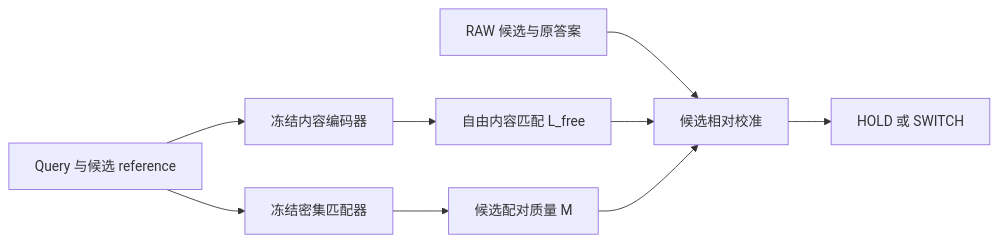
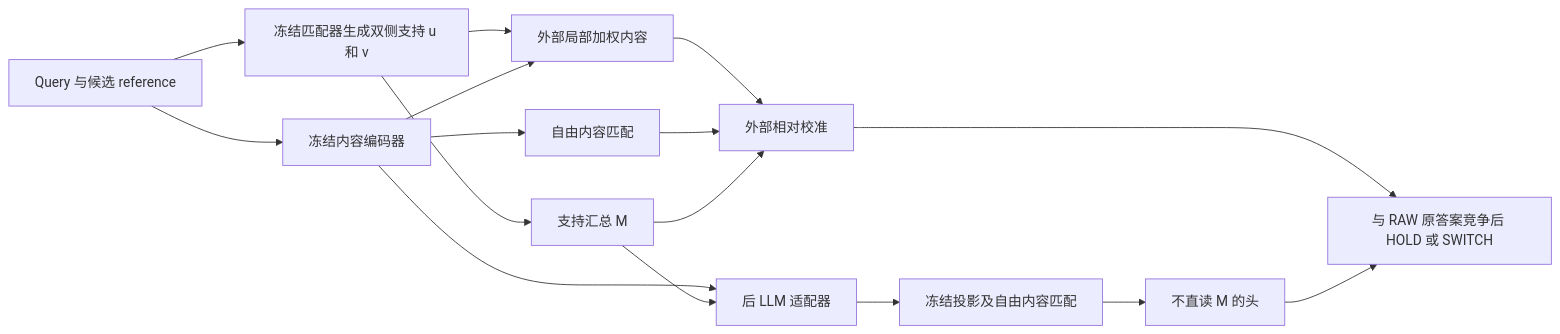
Before and after one commit to yinaiden6-dev/new_HYP: the diagram in ICLR/new ROUTEA/RC/reports/RC_NEW_HYP_PAPER_CLOSURE_DRAFT_20260924.md, drawn with Mermaid. The commit also changed other lines of this file and 32 other files, not shown here.

````diff
--- a/ICLR/new ROUTEA/RC/reports/RC_NEW_HYP_PAPER_CLOSURE_DRAFT_20260924.md
+++ b/ICLR/new ROUTEA/RC/reports/RC_NEW_HYP_PAPER_CLOSURE_DRAFT_20260924.md
@@ -58,11 +72,18 @@
 ```mermaid
 flowchart LR
     Q[Query 与候选 reference] --> C[冻结内容编码器]
-    Q --> R[冻结密集匹配器]
-    C --> L[自由内容匹配 L_free]
-    R --> M[候选配对质量 M]
-    B[RAW 候选与原答案] --> H[候选相对校准]
+    Q --> R[冻结匹配器生成双侧支持 u 和 v]
+    R --> E[外部局部加权内容]
+    C --> E
+    R --> M[支持汇总 M]
+    C --> L[自由内容匹配]
+    E --> H[外部相对校准]
     L --> H
     M --> H
-    H --> A[HOLD 或 SWITCH]
+    C --> I[后 LLM 适配器]
+    M --> I
+    I --> P[冻结投影及自由内容匹配]
+    P --> J[不直读 M 的头]
+    H --> A[与 RAW 原答案竞争后 HOLD 或 SWITCH]
+    J --> A
 ```
````
